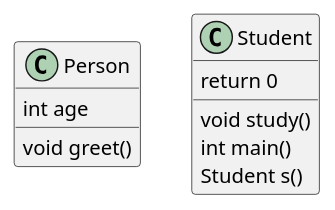
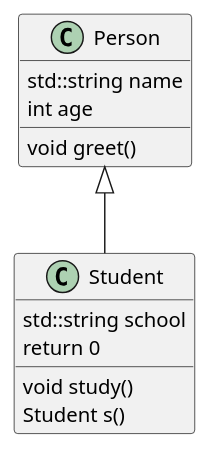
One commit to vismaikumars/fancyshit changed the diagram in src/web/uploads/example.puml. Above: the diagram before and after it, drawn with PlantUML. The commit also changed 4 other files, not shown here.

Commit message:
Add flowlines to png

```diff
--- a/src/web/uploads/example.puml
+++ b/src/web/uploads/example.puml
@@ -1,14 +1,16 @@
 @startuml
 class Person {
+  std::string name
   int age
   void greet()
 }
 
 class Student {
+  std::string school
   return 0
   void study()
-  int main()
   Student s()
 }
 
+Person <|-- Student
 @enduml
```
